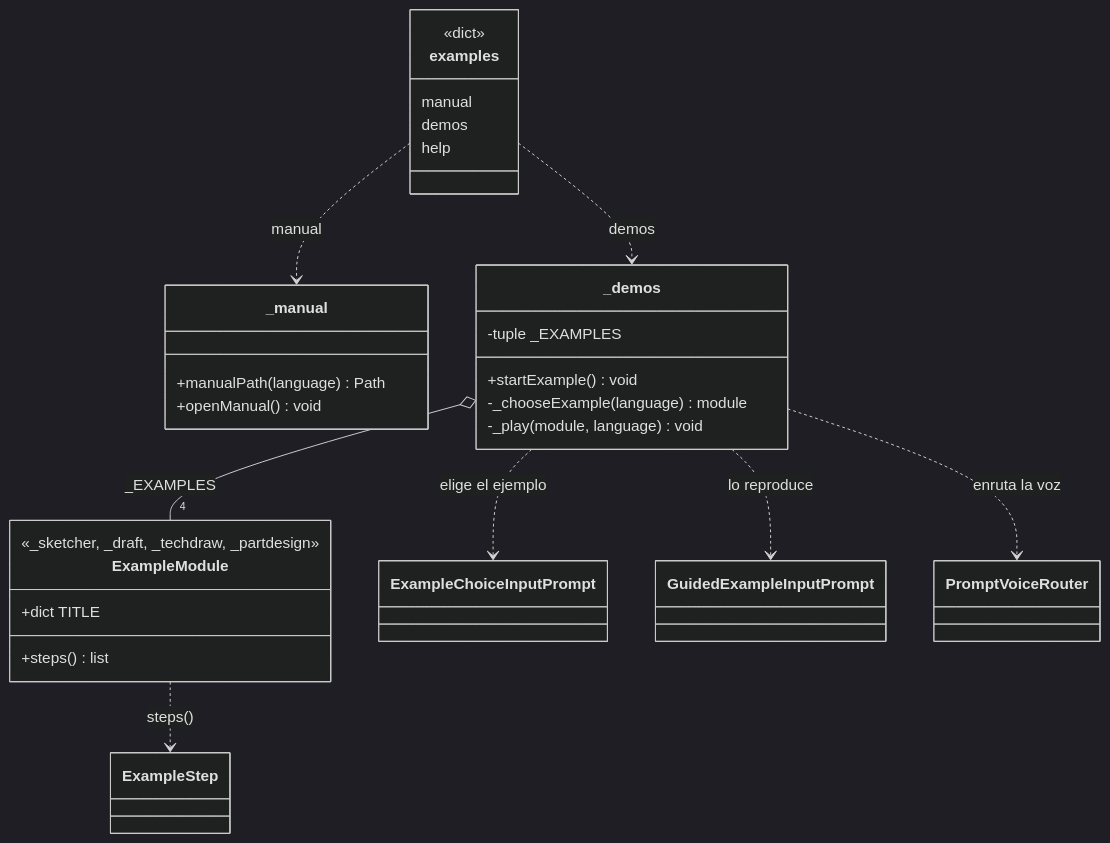
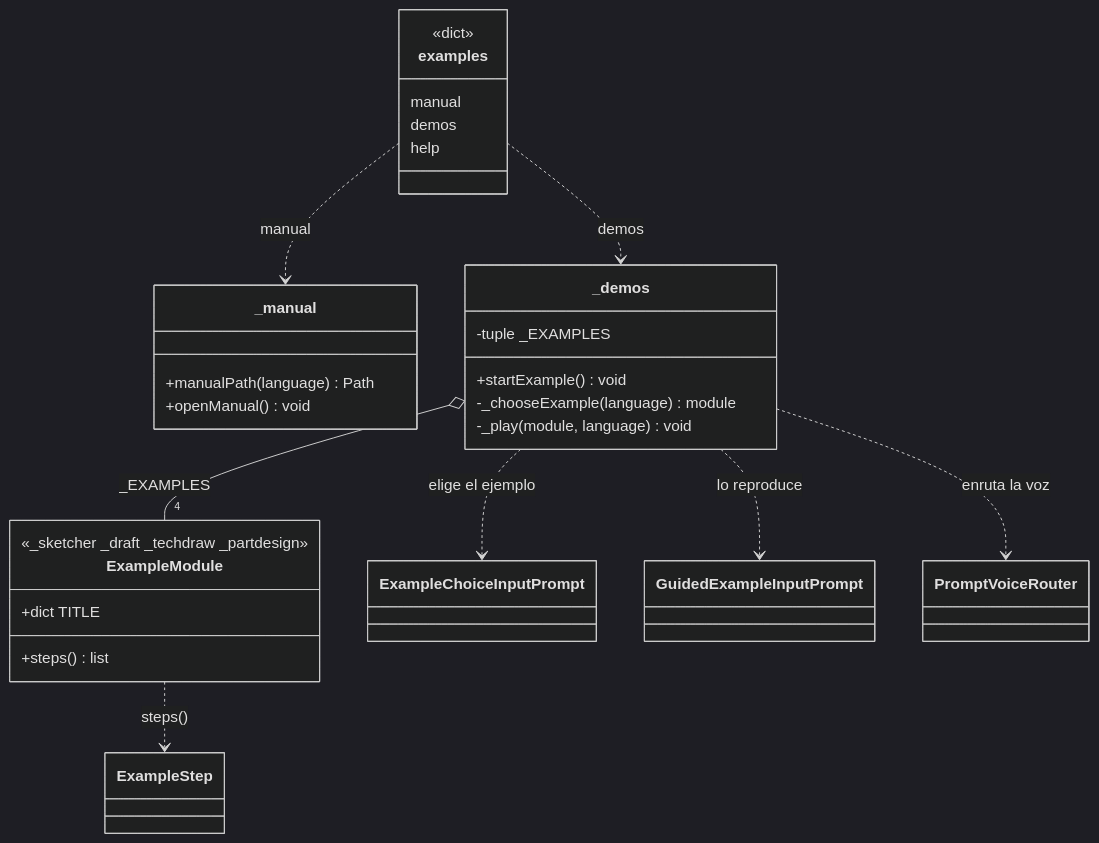
The diagram in Dav/docs/diagramas/Examples.md (DAv-Project-Team-UADER/DAV), drawn with Mermaid (dark theme) before and after one commit. The commit also changed 12 other files, not shown here.

First line of the commit message:
Docs: revamp dic/CONTEXT and fix diagrams

````diff
--- a/Dav/docs/diagramas/Examples.md
+++ b/Dav/docs/diagramas/Examples.md
@@ -10,40 +10,40 @@
 ```mermaid
 classDiagram
     class examples {
         <<dict>>
         manual
         demos
         help
     }
 
     class _manual {
         +manualPath(language) Path
         +openManual() void
     }
 
     class _demos {
         -tuple _EXAMPLES
         +startExample() void
         -_chooseExample(language) module
         -_play(module, language) void
     }
 
     class ExampleModule {
-        <<_sketcher, _draft, _techdraw, _partdesign>>
+        <<_sketcher _draft _techdraw _partdesign>>
         +dict TITLE
         +steps() list
     }
 
     class ExampleChoiceInputPrompt
     class GuidedExampleInputPrompt
     class ExampleStep
     class PromptVoiceRouter
 
     examples ..> _manual : manual
     examples ..> _demos : demos
     _demos o-- "4" ExampleModule : _EXAMPLES
     _demos ..> ExampleChoiceInputPrompt : elige el ejemplo
     _demos ..> GuidedExampleInputPrompt : lo reproduce
     _demos ..> PromptVoiceRouter : enruta la voz
     ExampleModule ..> ExampleStep : steps()
 ```
````
